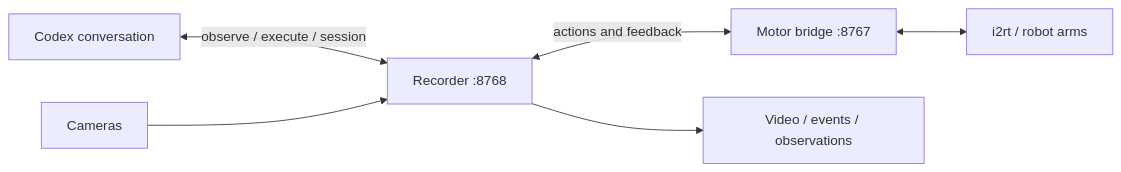
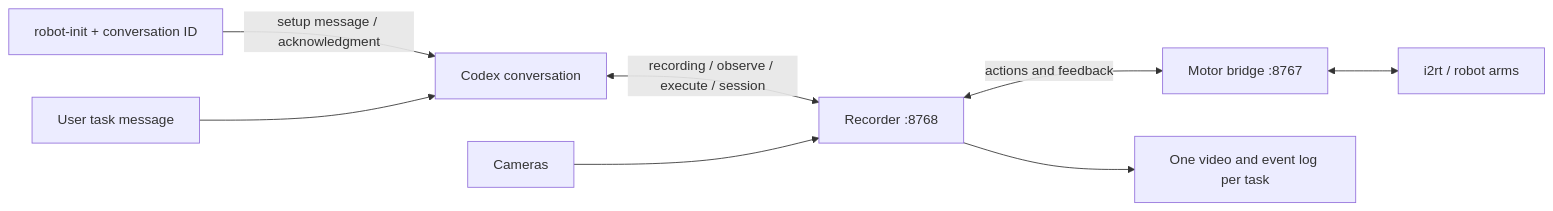
One commit to branyang02/agentic-robots changed the diagram in docs/agentic-runs.md. Above: the diagram before and after it, drawn with Mermaid. The commit also changed other lines of this file and 13 other files, not shown here.

Commit message:
Initialize Codex conversations and record successive robot tasks

````diff
--- a/docs/agentic-runs.md
+++ b/docs/agentic-runs.md
@@ -8,8 +7,10 @@
 ```mermaid
 flowchart LR
-    A[Codex conversation] <-->|observe / execute / session| R[Recorder :8768]
+    I[robot-init + conversation ID] -->|setup message / acknowledgment| A[Codex conversation]
+    U[User task message] --> A
+    A <-->|recording / observe / execute / session| R[Recorder :8768]
     R <-->|actions and feedback| B[Motor bridge :8767]
     B <--> H[i2rt / robot arms]
     C[Cameras] --> R
-    R --> F[Video / events / observations]
+    R --> F[One video and event log per task]
 ```
````
